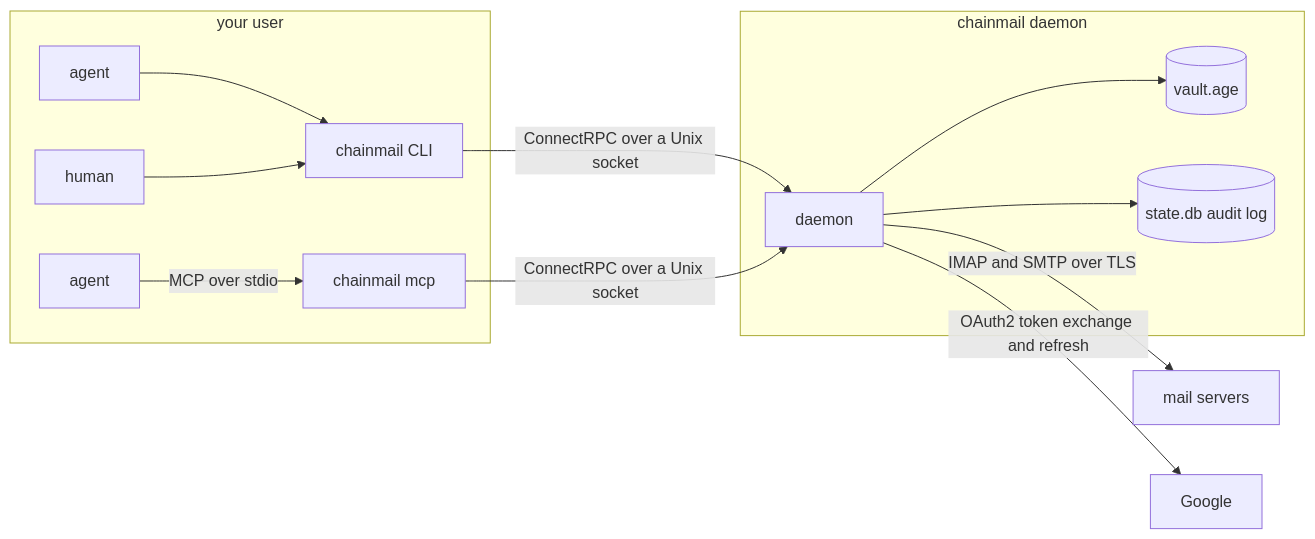
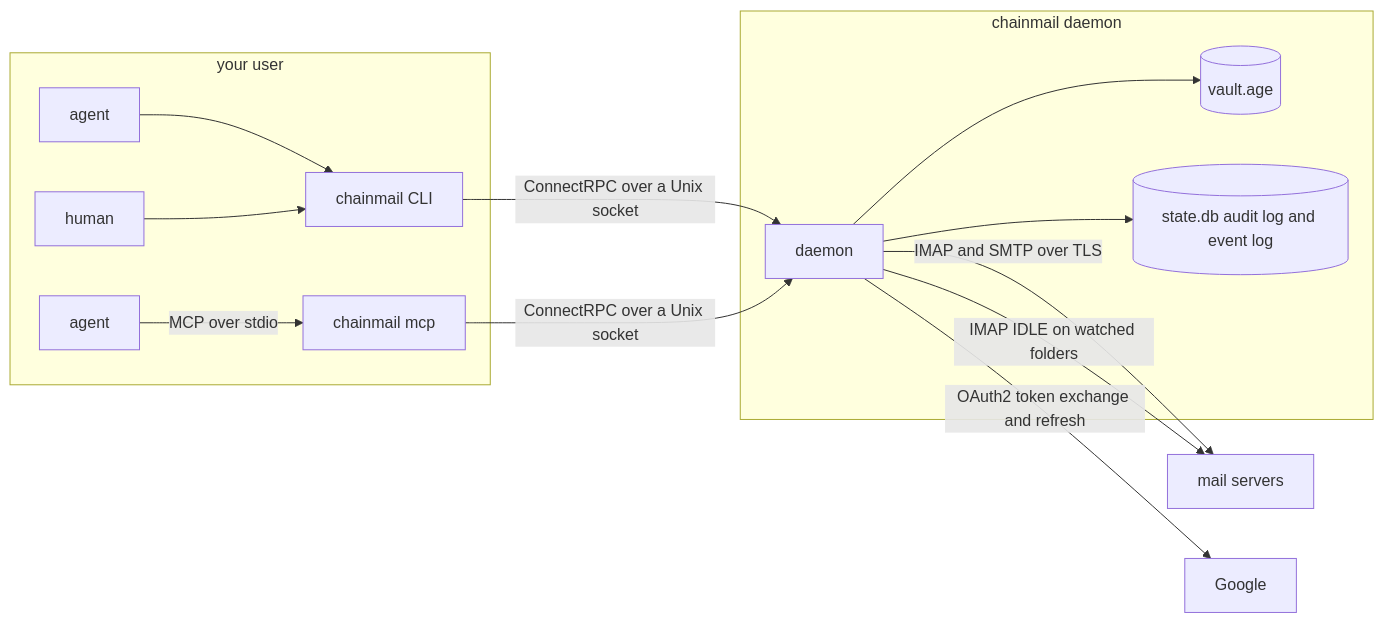
The diagram in README.md (yaklabco/chainmail), drawn with Mermaid before and after one commit. The commit also changed other lines of this file and 111 other files, not shown here.

````diff
--- a/README.md
+++ b/README.md
@@ -7,16 +7,17 @@
 ```mermaid
 flowchart LR
   subgraph you["your user"]
     A1[agent] --> CLI[chainmail CLI]
     A2[agent] -- "MCP over stdio" --> MCP[chainmail mcp]
     H[human] --> CLI
   end
   CLI -- "ConnectRPC over a Unix socket" --> D
   MCP -- "ConnectRPC over a Unix socket" --> D
   subgraph daemon["chainmail daemon"]
     D[daemon] --> V[(vault.age)]
-    D --> S[(state.db audit log)]
+    D --> S[(state.db audit log and event log)]
   end
   D -- "IMAP and SMTP over TLS" --> M[mail servers]
+  D -- "IMAP IDLE on watched folders" --> M
   D -- "OAuth2 token exchange and refresh" --> G[Google]
 ```
````
